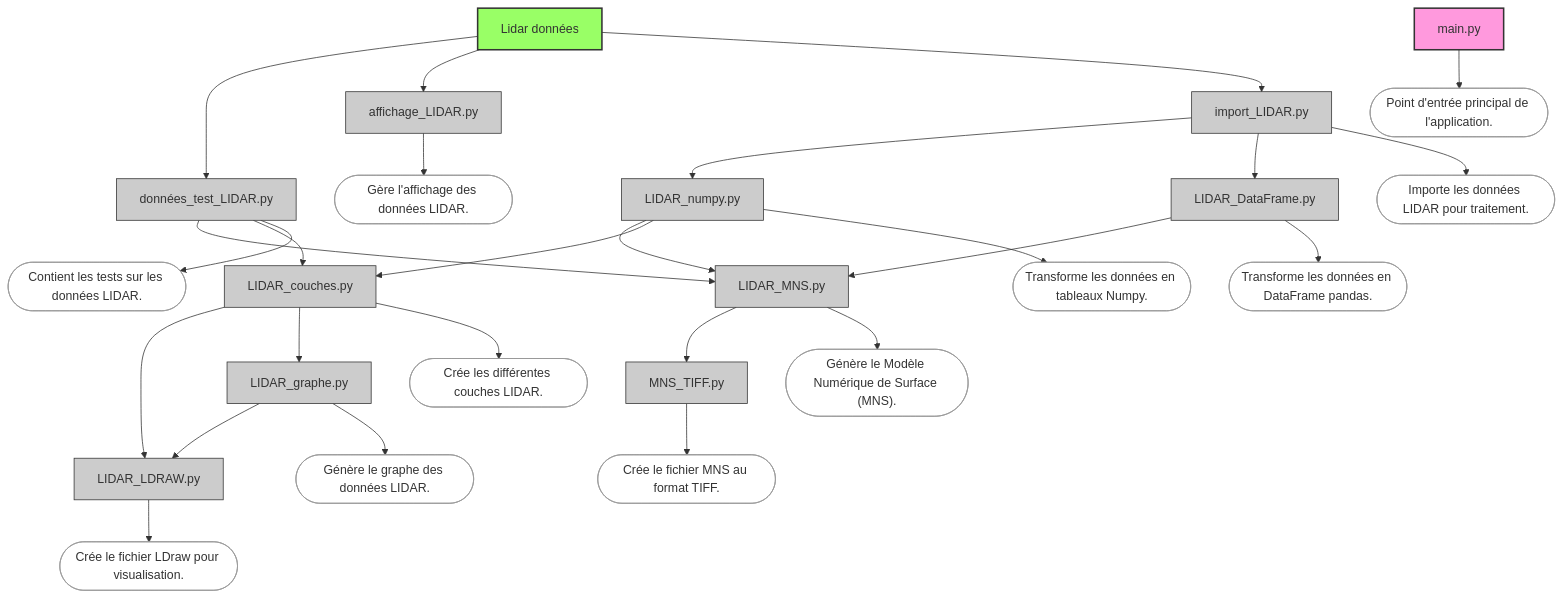
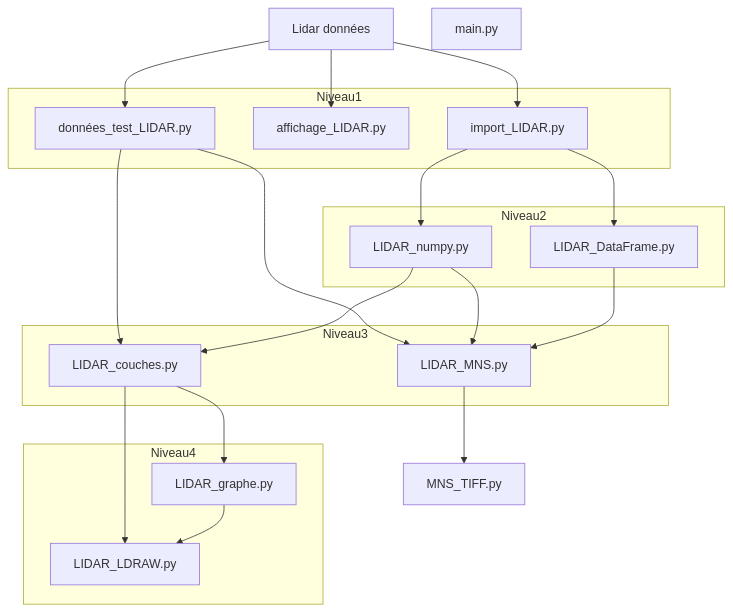
The diagram in Workflow.md (DanQue69/LEGO_Master), drawn with Mermaid before and after one commit.

````diff
--- a/Workflow.md
+++ b/Workflow.md
@@ -1,82 +1,63 @@
 ```mermaid
 graph TD;
 
-    %% Nœuds principaux
-    A[Lidar données] --> B[données_test_LIDAR.py]
-    A --> C[affichage_LIDAR.py]
-    A --> D[import_LIDAR.py]
+    %% Niveau 0
+    A[Lidar données]
 
-    D --> E[LIDAR_numpy.py]
-    D --> F[LIDAR_DataFrame.py]
+    %% Niveau 1
+    subgraph Niveau1
+        B[données_test_LIDAR.py]
+        C[affichage_LIDAR.py]
+        D[import_LIDAR.py]
+    end
 
-    B --> G[LIDAR_MNS.py]
-    E --> G
-    F --> G
+    %% Niveau 2
+    subgraph Niveau2
+        E[LIDAR_numpy.py]
+        F[LIDAR_DataFrame.py]
+    end
 
-    B --> I[LIDAR_couches.py]
-    E --> I
+    %% Niveau 3
+    subgraph Niveau3
+        G[LIDAR_MNS.py]
+        I[LIDAR_couches.py]
+    end
 
-    I --> J[LIDAR_LDRAW.py]
-    I --> K[LIDAR_graphe.py]
-    K --> J
+    %% Niveau 4
+    subgraph Niveau4
+        J[LIDAR_LDRAW.py]
+        K[LIDAR_graphe.py]
+    end
 
-    G --> H[MNS_TIFF.py]
+    %% Niveau 5
+    H[MNS_TIFF.py]
 
     %% Main externe
     M[main.py]
 
-    %% Notes explicatives
-    B_note(["Contient les tests sur les données LIDAR."])
-    C_note(["Gère l'affichage des données LIDAR."])
-    D_note(["Importe les données LIDAR pour traitement."])
-    E_note(["Transforme les données en tableaux Numpy."])
-    F_note(["Transforme les données en DataFrame pandas."])
-    G_note(["Génère le Modèle Numérique de Surface (MNS)."])
-    H_note(["Crée le fichier MNS au format TIFF."])
-    I_note(["Crée les différentes couches LIDAR."])
-    J_note(["Crée le fichier LDraw pour visualisation."])
-    K_note(["Génère le graphe des données LIDAR."])
-    M_note(["Point d'entrée principal de l'application."])
+    %% Connexions
+    A --> B
+    A --> C
+    A --> D
 
-    %% Connexion notes
-    B --> B_note
-    C --> C_note
-    D --> D_note
-    E --> E_note
-    F --> F_note
-    G --> G_note
-    H --> H_note
-    I --> I_note
-    J --> J_note
-    K --> K_note
-    M --> M_note
+    D --> E
+    D --> F
 
-    %% Styles des couleurs
-    style A fill:#9f6,stroke:#333,stroke-width:2px
-    style B fill:#ccc,stroke:#333,stroke-width:1px
-    style C fill:#ccc,stroke:#333,stroke-width:1px
-    style D fill:#ccc,stroke:#333,stroke-width:1px
-    style E fill:#ccc,stroke:#333,stroke-width:1px
-    style F fill:#ccc,stroke:#333,stroke-width:1px
-    style G fill:#ccc,stroke:#333,stroke-width:1px
-    style H fill:#ccc,stroke:#333,stroke-width:1px
-    style I fill:#ccc,stroke:#333,stroke-width:1px
-    style J fill:#ccc,stroke:#333,stroke-width:1px
-    style K fill:#ccc,stroke:#333,stroke-width:1px
-    style M fill:#f9d,stroke:#333,stroke-width:2px
+    B --> G
+    E --> G
+    F --> G
 
-    style B_note fill:#fff,stroke:#999,stroke-width:1px
-    style C_note fill:#fff,stroke:#999,stroke-width:1px
-    style D_note fill:#fff,stroke:#999,stroke-width:1px
-    style E_note fill:#fff,stroke:#999,stroke-width:1px
-    style F_note fill:#fff,stroke:#999,stroke-width:1px
-    style G_note fill:#fff,stroke:#999,stroke-width:1px
-    style H_note fill:#fff,stroke:#999,stroke-width:1px
-    style I_note fill:#fff,stroke:#999,stroke-width:1px
-    style J_note fill:#fff,stroke:#999,stroke-width:1px
-    style K_note fill:#fff,stroke:#999,stroke-width:1px
-    style M_note fill:#fff,stroke:#999,stroke-width:1px
+    B --> I
+    E --> I
 
+    I --> J
+    I --> K
+    K --> J
+
+    G --> H
+
+    %% Main.py sur le côté
+    M
 
     
 ```
````
